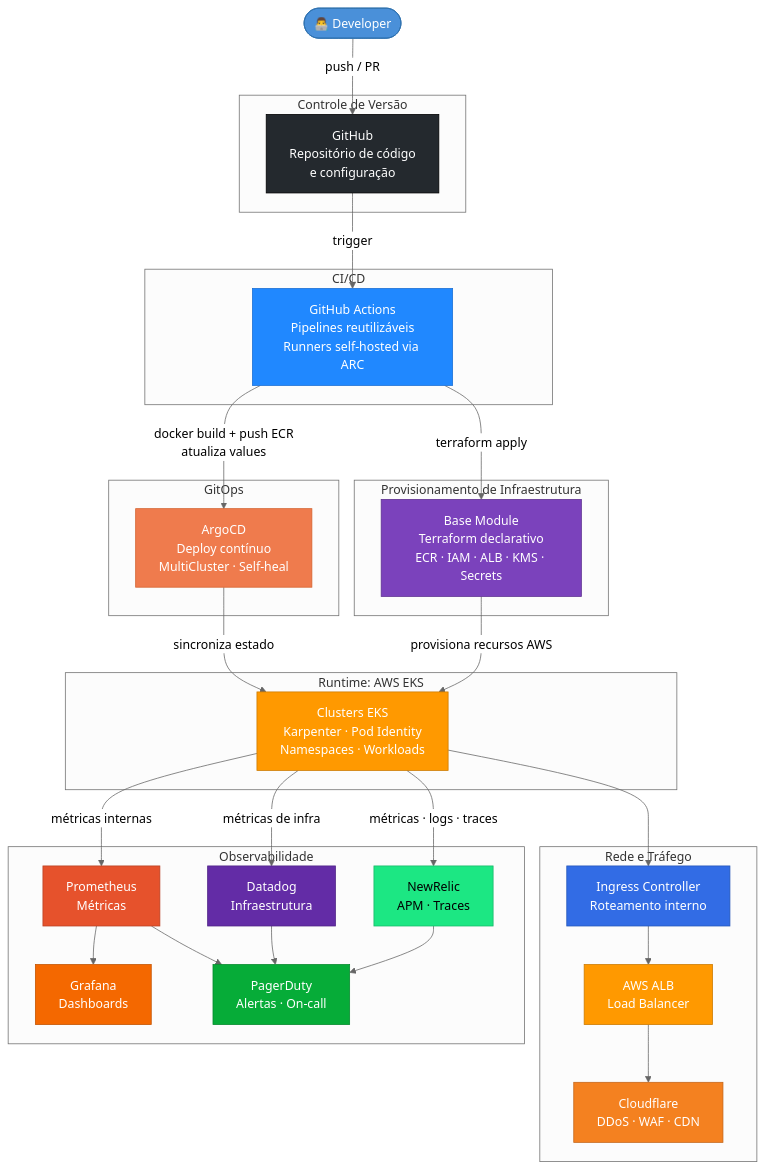
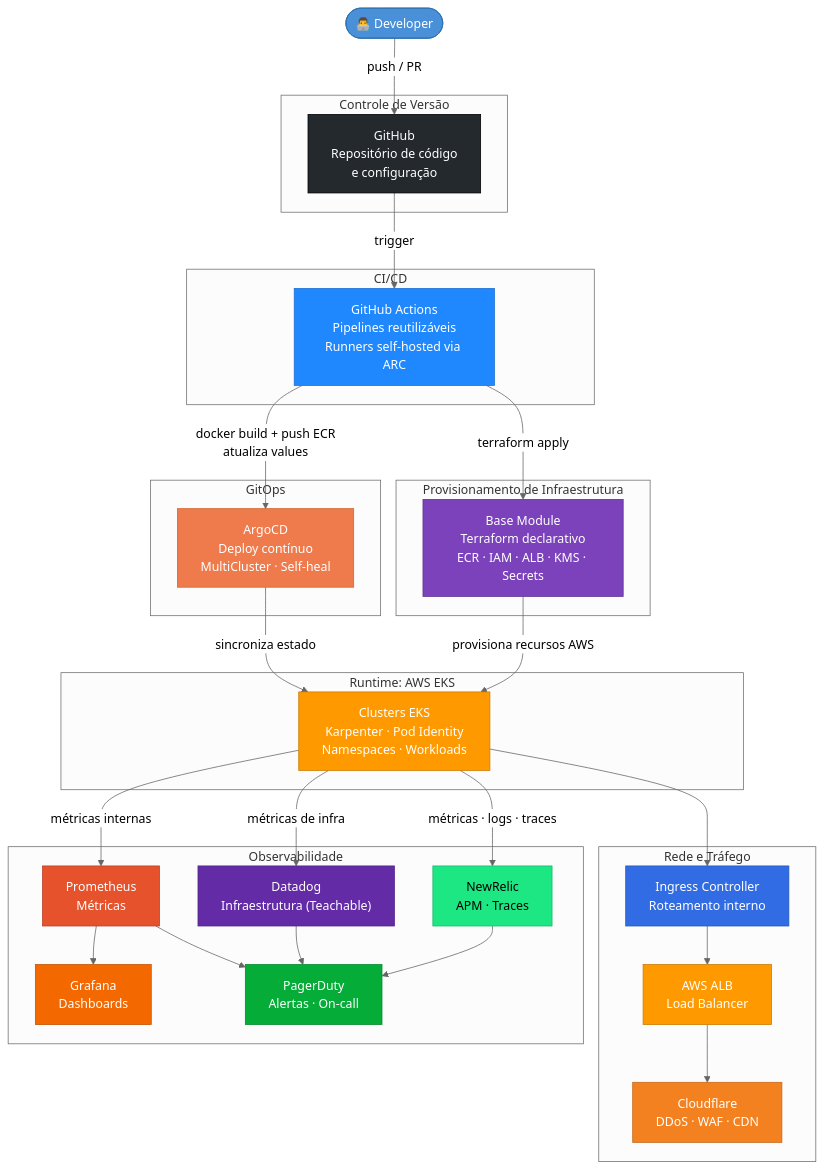
Before and after one commit to projetos-marcoribeiro/devops-onboarding: the diagram in diagrams/platform-architecture.md, drawn with Mermaid (neutral theme). The commit also changed other lines of this file and 26 other files, not shown here.

Commit message:
fix: corrige ArgoCD como em implementação, Datadog escopo Teachable, adiciona Kubecost/Sentry, links nova aba, Platform Engineering como time DevOps

````diff
--- a/diagrams/platform-architecture.md
+++ b/diagrams/platform-architecture.md
@@ -9,70 +9,70 @@
 ```mermaid
 flowchart TD
     DEV(["👨‍💻 Developer"])
 
     subgraph SCM ["Controle de Versão"]
         GH["GitHub\nRepositório de código\ne configuração"]
     end
 
     subgraph CICD ["CI/CD"]
         GA["GitHub Actions\nPipelines reutilizáveis\nRunners self-hosted via ARC"]
     end
 
     subgraph INFRA ["Provisionamento de Infraestrutura"]
         BM["Base Module\nTerraform declarativo\nECR · IAM · ALB · KMS · Secrets"]
     end
 
     subgraph GITOPS ["GitOps"]
         ARGO["ArgoCD\nDeploy contínuo\nMultiCluster · Self-heal"]
     end
 
     subgraph RUNTIME ["Runtime: AWS EKS"]
         EKS["Clusters EKS\nKarpenter · Pod Identity\nNamespaces · Workloads"]
     end
 
     subgraph NETWORK ["Rede e Tráfego"]
         CF["Cloudflare\nDDoS · WAF · CDN"]
         ALB["AWS ALB\nLoad Balancer"]
         ING["Ingress Controller\nRoteamento interno"]
     end
 
     subgraph OBS ["Observabilidade"]
         NR["NewRelic\nAPM · Traces"]
-        DD["Datadog\nInfraestrutura"]
+        DD["Datadog\nInfraestrutura (Teachable)"]
         PROM["Prometheus\nMétricas"]
         GRAF["Grafana\nDashboards"]
         PD["PagerDuty\nAlertas · On-call"]
     end
 
     DEV -->|"push / PR"| GH
     GH -->|"trigger"| GA
     GA -->|"terraform apply"| BM
     GA -->|"docker build + push ECR\natualiza values"| ARGO
     BM -->|"provisiona recursos AWS"| EKS
     ARGO -->|"sincroniza estado"| EKS
     EKS --> ING
     ING --> ALB
     ALB --> CF
     EKS -->|"métricas · logs · traces"| NR
     EKS -->|"métricas de infra"| DD
     EKS -->|"métricas internas"| PROM
     PROM --> GRAF
     NR --> PD
     DD --> PD
     PROM --> PD
 
     style DEV fill:#4A90D9,color:#fff,stroke:#2c6fad
     style GH fill:#24292E,color:#fff,stroke:#000
     style GA fill:#2088FF,color:#fff,stroke:#1a6fd4
     style BM fill:#7B42BC,color:#fff,stroke:#5e3190
     style ARGO fill:#EF7B4D,color:#fff,stroke:#d4622e
     style EKS fill:#FF9900,color:#fff,stroke:#cc7a00
     style CF fill:#F48120,color:#fff,stroke:#c4661a
     style ALB fill:#FF9900,color:#fff,stroke:#cc7a00
     style ING fill:#326CE5,color:#fff,stroke:#2456b8
     style NR fill:#1CE783,color:#000,stroke:#17b869
     style DD fill:#632CA6,color:#fff,stroke:#4e2285
     style PROM fill:#E6522C,color:#fff,stroke:#b84023
     style GRAF fill:#F46800,color:#fff,stroke:#c35300
     style PD fill:#06AC38,color:#fff,stroke:#058a2d
 ```
````
